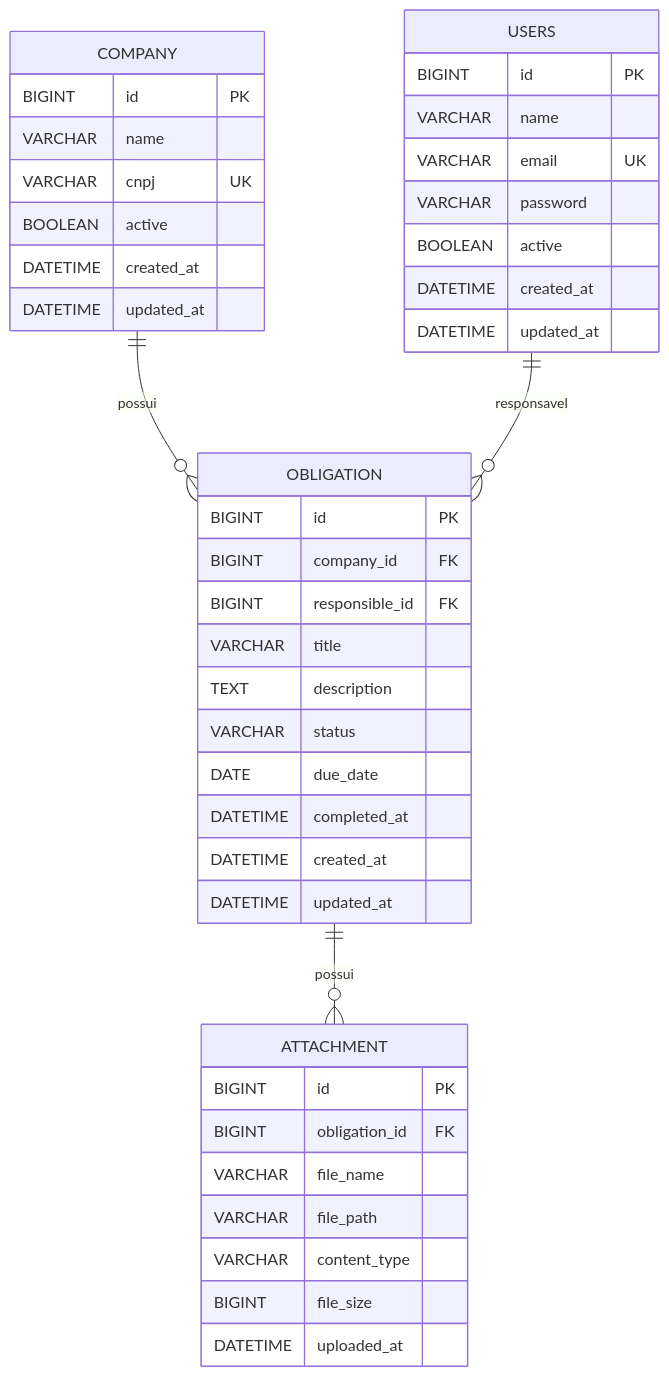
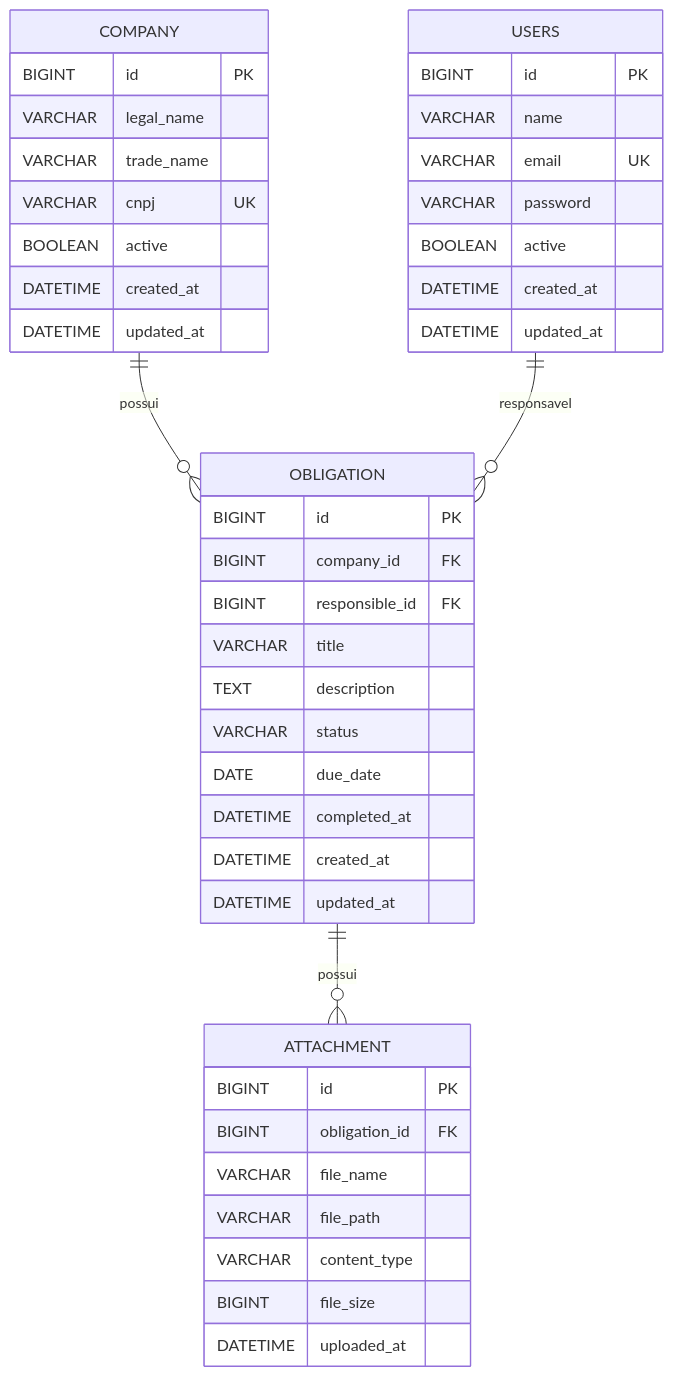
The diagram in docs/modelo-de-dados.md (danieltsuzuki/Gerenciamento-de-obrigacoes-contabeis), drawn with Mermaid before and after one commit. The commit also changed other lines of this file and 28 other files, not shown here.

````diff
--- a/docs/modelo-de-dados.md
+++ b/docs/modelo-de-dados.md
@@ -7,45 +7,46 @@
 ```mermaid
 erDiagram
     COMPANY ||--o{ OBLIGATION : possui
     USERS   ||--o{ OBLIGATION : responsavel
     OBLIGATION ||--o{ ATTACHMENT : possui
 
     COMPANY {
         BIGINT id PK
-        VARCHAR name
+        VARCHAR legal_name
+        VARCHAR trade_name
         VARCHAR cnpj UK
         BOOLEAN active
         DATETIME created_at
         DATETIME updated_at
     }
     USERS {
         BIGINT id PK
         VARCHAR name
         VARCHAR email UK
         VARCHAR password
         BOOLEAN active
         DATETIME created_at
         DATETIME updated_at
     }
     OBLIGATION {
         BIGINT id PK
         BIGINT company_id FK
         BIGINT responsible_id FK
         VARCHAR title
         TEXT description
         VARCHAR status
         DATE due_date
         DATETIME completed_at
         DATETIME created_at
         DATETIME updated_at
     }
     ATTACHMENT {
         BIGINT id PK
         BIGINT obligation_id FK
         VARCHAR file_name
         VARCHAR file_path
         VARCHAR content_type
         BIGINT file_size
         DATETIME uploaded_at
     }
 ```
````
